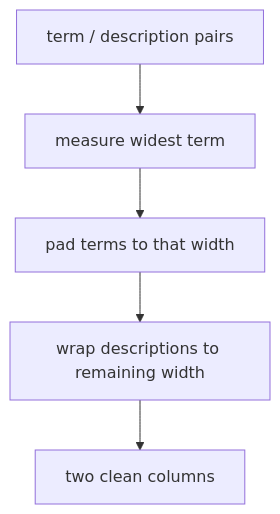
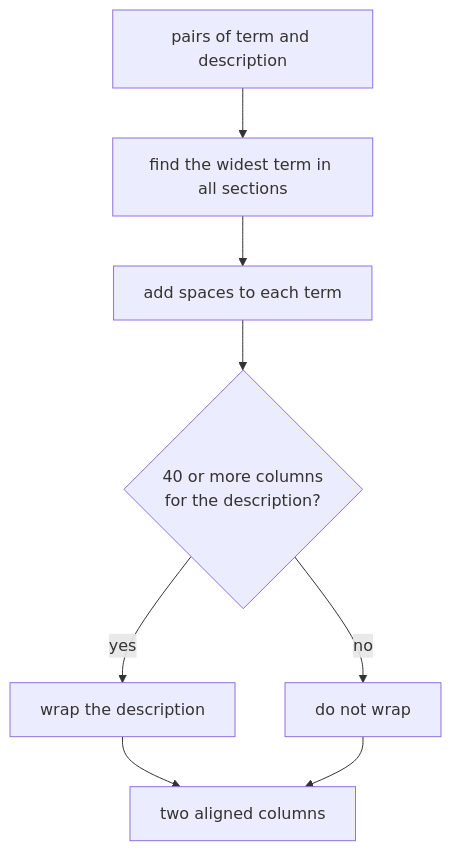
One commit to KeunwooPark/cluedoc changed the third of 4 diagrams in docs/examples/commander/.cluedoc/help-generation/README.md. Above: the diagram before and after it, drawn with Mermaid. The commit also changed other lines of this file and 22 other files, not shown here.

````diff
--- a/docs/examples/commander/.cluedoc/help-generation/README.md
+++ b/docs/examples/commander/.cluedoc/help-generation/README.md
@@ -58,7 +77,10 @@
 ```mermaid
 flowchart TD
-    ITEMS["term / description pairs"] --> MEASURE["measure widest term"]
-    MEASURE --> PAD["pad terms to that width"]
-    PAD --> WRAP["wrap descriptions to remaining width"]
-    WRAP --> COLS["two clean columns"]
+    ITEMS["pairs of term and description"] --> MEASURE["find the widest term in all sections"]
+    MEASURE --> PAD["add spaces to each term"]
+    PAD --> Q{"40 or more columns<br/>for the description?"}
+    Q -- yes --> WRAP["wrap the description"]
+    Q -- no --> KEEP["do not wrap"]
+    WRAP --> COLS["two aligned columns"]
+    KEEP --> COLS
 ```
````
